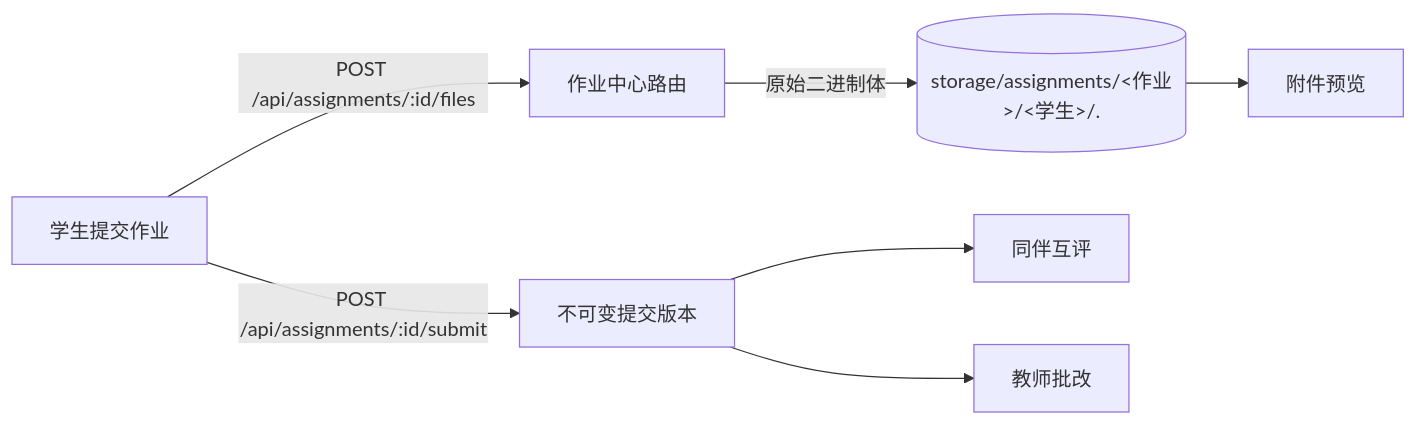
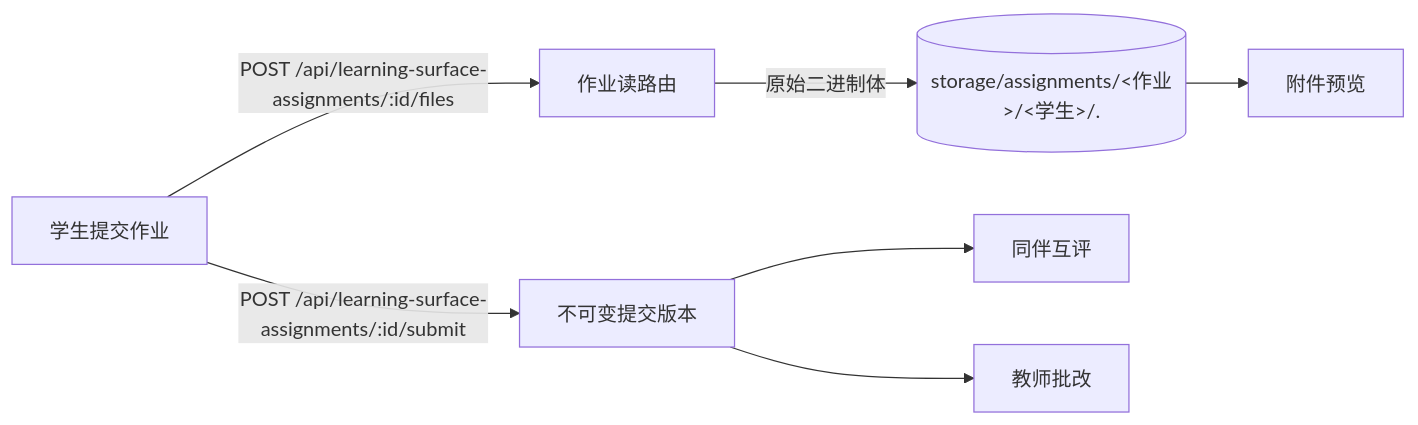
Before and after one commit to aymwoo/OpenLearn-Next-V2: the diagram in docs/architecture/assignment.md, drawn with Mermaid. The commit also changed other lines of this file and 35 other files, not shown here.

First line of the commit message:
feat(learning-surface): unify runtime mode packs and close assignment read paths

````diff
--- a/docs/architecture/assignment.md
+++ b/docs/architecture/assignment.md
@@ -19,9 +19,9 @@
 ```mermaid
 graph LR
-  S[学生提交作业] -->|POST /api/assignments/:id/files| Hub[作业中心路由]
+  S[学生提交作业] -->|POST /api/learning-surface-assignments/:id/files| Hub[作业读路由]
   Hub -->|原始二进制体| Store[(storage/assignments/<作业>/<学生>/<uuid>.<ext>)]
-  S -->|POST /api/assignments/:id/submit| Ver[不可变提交版本]
+  S -->|POST /api/learning-surface-assignments/:id/submit| Ver[不可变提交版本]
   Ver --> PL[同伴互评]
   Ver --> TL[教师批改]
   Store --> Prev[附件预览]
 ```
````
